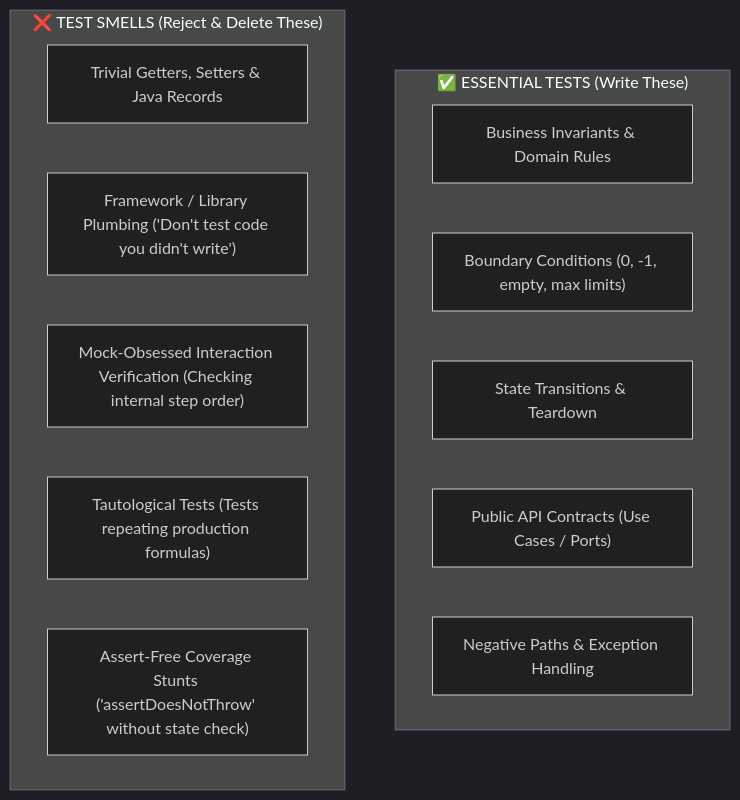
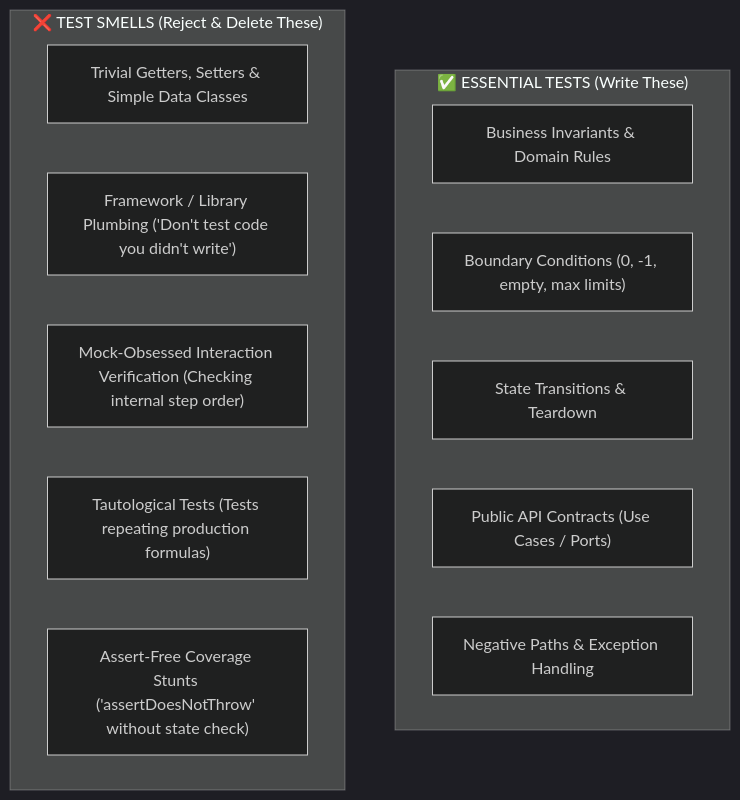
The diagram in .agent/skills/sdlc-tdd-implement/SKILL.md (fmatar/sealit), drawn with Mermaid (dark theme) before and after one commit. The commit also changed other lines of this file and 8 other files, not shown here.

````diff
--- a/.agent/skills/sdlc-tdd-implement/SKILL.md
+++ b/.agent/skills/sdlc-tdd-implement/SKILL.md
@@ -49,18 +49,18 @@
 ```mermaid
 flowchart TD
     subgraph Useful["✅ ESSENTIAL TESTS (Write These)"]
         U1["Business Invariants & Domain Rules"]
         U2["Boundary Conditions (0, -1, empty, max limits)"]
         U3["State Transitions & Teardown"]
         U4["Public API Contracts (Use Cases / Ports)"]
         U5["Negative Paths & Exception Handling"]
     end
 
     subgraph Useless["❌ TEST SMELLS (Reject & Delete These)"]
-        W1["Trivial Getters, Setters & Java Records"]
+        W1["Trivial Getters, Setters & Simple Data Classes"]
         W2["Framework / Library Plumbing ('Don't test code you didn't write')"]
         W3["Mock-Obsessed Interaction Verification (Checking internal step order)"]
         W4["Tautological Tests (Tests repeating production formulas)"]
         W5["Assert-Free Coverage Stunts ('assertDoesNotThrow' without state check)"]
     end
 ```
````
